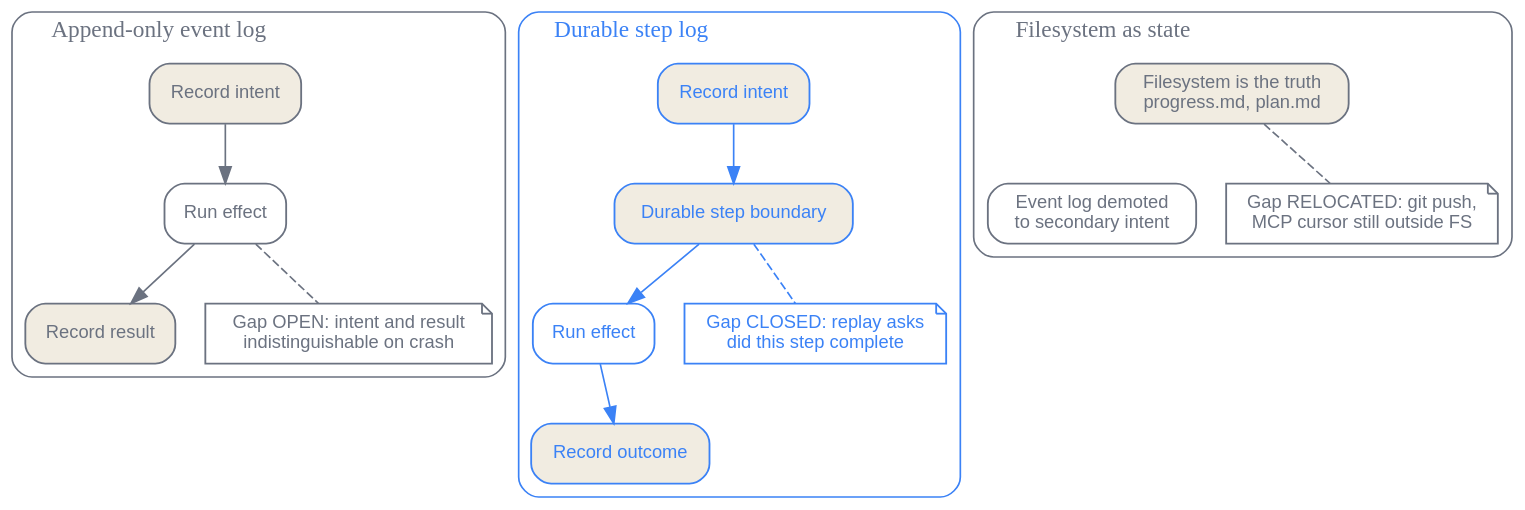
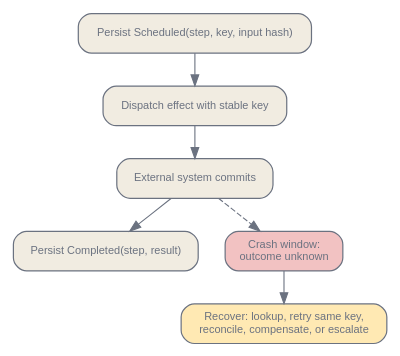
One commit to latere-ai/ai-as-an-infrastructure changed the second of 4 diagrams in en/orchestration/03-memory-systems.qmd. Above: the diagram before and after it, drawn with Graphviz. The commit also changed other lines of this file and 4 other files, not shown here.

````diff
--- a/en/orchestration/03-memory-systems.qmd
+++ b/en/orchestration/03-memory-systems.qmd
@@ -94,52 +86,23 @@
 ```{dot}
-//| label: fig-memory-durability-models
-//| fig-cap: "Three durability models differ in what they record relative to the effect, which fixes where the intent-versus-result gap sits."
-digraph durability {
+//| label: fig-memory-unknown-effect
+//| fig-cap: "A durable journal distinguishes scheduled from completed work, but a crash after an external commit and before outcome persistence leaves an unknown result."
+digraph {
+    bgcolor="transparent";
     rankdir=TB;
-    bgcolor="transparent";
-    node [shape=box, style="rounded,filled", fontname="Helvetica", fontsize=11, color="#6b7280", fontcolor="#6b7280", fillcolor="#ffffff", penwidth=1.1];
-    edge [fontname="Helvetica", fontsize=10, color="#6b7280", fontcolor="#6b7280"];
+    size="3.2,8.0";
+    nodesep=0.35; ranksep=0.42;
+    node [shape=box, style="rounded,filled", fontname="Helvetica", fontsize=10, color="#6b7280", fontcolor="#6b7280", fillcolor="#f1ece1", penwidth=1.1];
+    edge [fontsize=9, fontname="Helvetica", color="#6b7280", fontcolor="#6b7280"];
 
-    subgraph cluster_log {
-        label="Append-only event log";
-        labeljust="l";
-        style="rounded";
-        color="#6b7280";
-        fontcolor="#6b7280";
-        a_intent [label="Record intent", fillcolor="#f1ece1"];
-        a_effect [label="Run effect"];
-        a_result [label="Record result", fillcolor="#f1ece1"];
-        a_intent -> a_effect -> a_result;
-        a_gap [label="Gap OPEN: intent and result\nindistinguishable on crash", shape=note];
-        a_effect -> a_gap [style=dashed, arrowhead=none];
-    }
+    S [label="Persist Scheduled(step, key, input hash)"];
+    D [label="Dispatch effect with stable key"];
+    X [label="External system commits"];
+    C [label="Persist Completed(step, result)"];
+    U [label="Crash window:\noutcome unknown", fillcolor="#f2c2c2"];
+    R [label="Recover: lookup, retry same key,\nreconcile, compensate, or escalate", fillcolor="#ffe9b3"];
 
-    subgraph cluster_step {
-        label="Durable step log";
-        labeljust="l";
-        style="rounded";
-        color="#3b82f6";
-        fontcolor="#3b82f6";
-        b_intent [label="Record intent", fillcolor="#f1ece1", color="#3b82f6", fontcolor="#3b82f6"];
-        b_bound [label="Durable step boundary", fillcolor="#f1ece1", color="#3b82f6", fontcolor="#3b82f6"];
-        b_effect [label="Run effect", color="#3b82f6", fontcolor="#3b82f6"];
-        b_result [label="Record outcome", fillcolor="#f1ece1", color="#3b82f6", fontcolor="#3b82f6"];
-        b_intent -> b_bound -> b_effect -> b_result [color="#3b82f6"];
-        b_gap [label="Gap CLOSED: replay asks\ndid this step complete", shape=note, color="#3b82f6", fontcolor="#3b82f6"];
-        b_bound -> b_gap [style=dashed, arrowhead=none, color="#3b82f6"];
-    }
-
-    subgraph cluster_fs {
-        label="Filesystem as state";
-        labeljust="l";
-        style="rounded";
-        color="#6b7280";
-        fontcolor="#6b7280";
-        c_fs [label="Filesystem is the truth\nprogress.md, plan.md", fillcolor="#f1ece1"];
-        c_log [label="Event log demoted\nto secondary intent"];
-        c_fs -> c_log [style=invis];
-        c_gap [label="Gap RELOCATED: git push,\nMCP cursor still outside FS", shape=note];
-        c_fs -> c_gap [style=dashed, arrowhead=none];
-    }
+    S -> D -> X -> C;
+    X -> U [style=dashed];
+    U -> R;
 }
 ```
````
